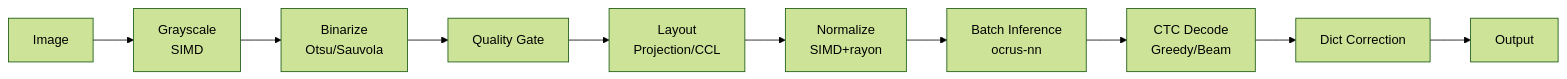
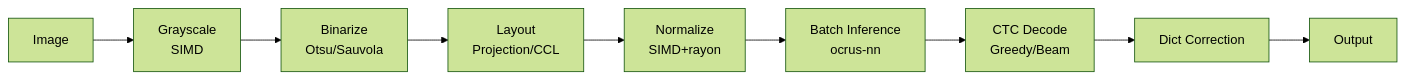
The diagram in docs/architecture.md (owayo/ocrus), drawn with Mermaid (forest theme) before and after one commit. The commit also changed other lines of this file and 14 other files, not shown here.

````diff
--- a/docs/architecture.md
+++ b/docs/architecture.md
@@ -3,12 +3,11 @@
 ```mermaid
 flowchart LR
     A[Image] --> B[Grayscale<br/>SIMD]
     B --> C[Binarize<br/>Otsu/Sauvola]
-    C --> D[Quality Gate]
-    D --> E[Layout<br/>Projection/CCL]
+    C --> E[Layout<br/>Projection/CCL]
     E --> F[Normalize<br/>SIMD+rayon]
     F --> G[Batch Inference<br/>ocrus-nn]
     G --> H[CTC Decode<br/>Greedy/Beam]
     H --> I[Dict Correction]
     I --> J[Output]
 ```
````
